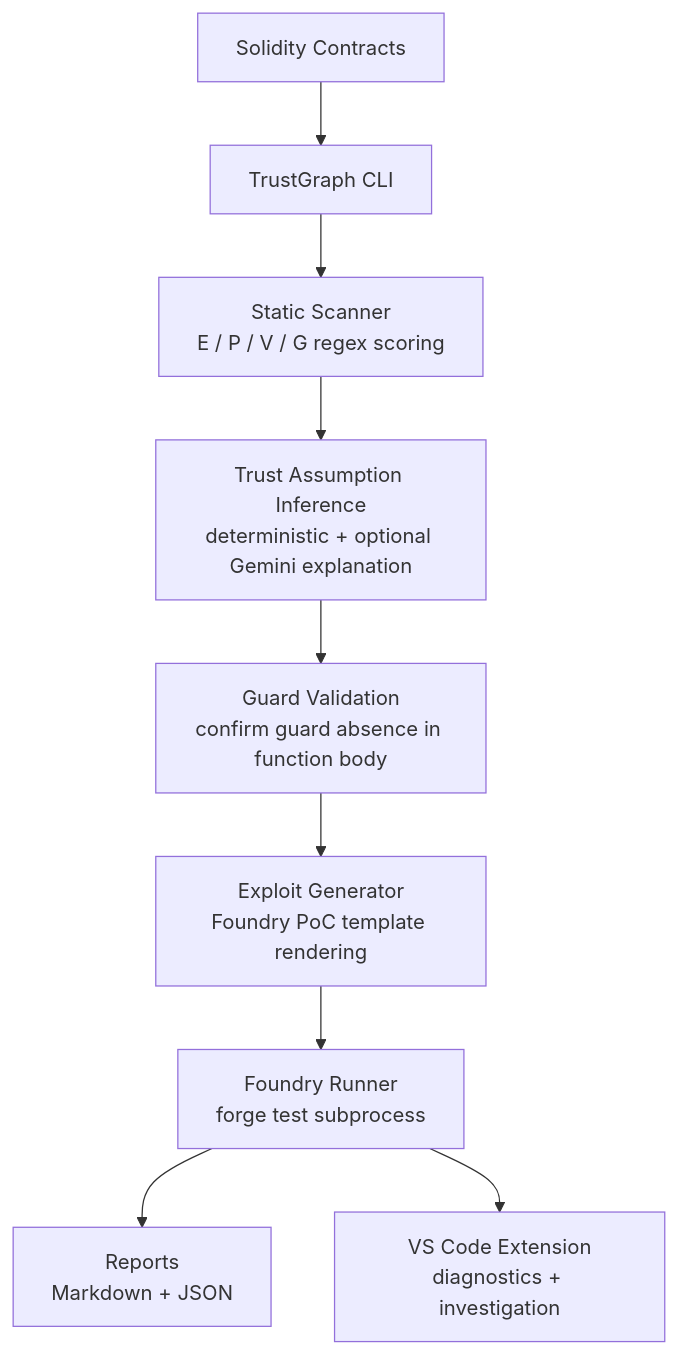
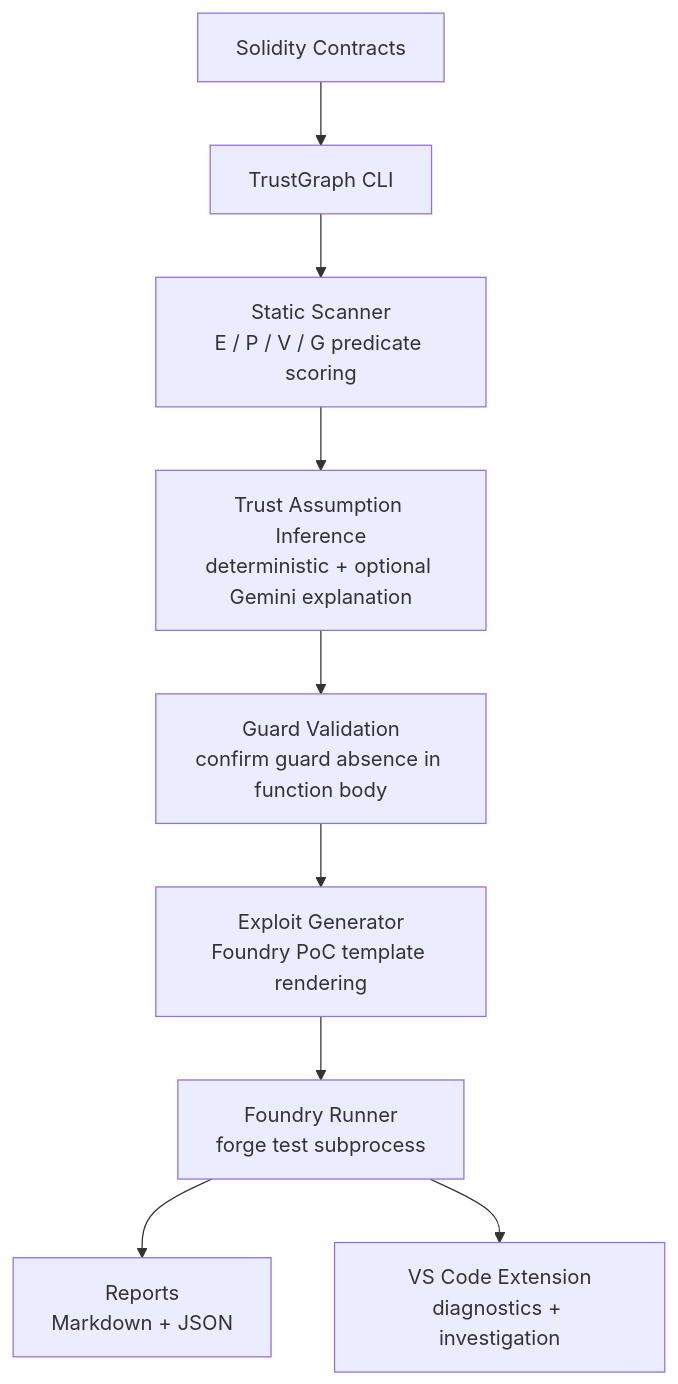
The first of 3 diagrams in README.md (Akk525/trustGraph), drawn with Mermaid before and after one commit. The commit also changed other lines of this file and 5 other files, not shown here.

````diff
--- a/README.md
+++ b/README.md
@@ -215,11 +237,11 @@
 ```mermaid
 flowchart TD
     A[Solidity Contracts] --> B[TrustGraph CLI]
-    B --> C[Static Scanner\nE / P / V / G regex scoring]
+    B --> C[Static Scanner\nE / P / V / G predicate scoring]
     C --> D[Trust Assumption Inference\ndeterministic + optional Gemini explanation]
     D --> E[Guard Validation\nconfirm guard absence in function body]
     E --> F[Exploit Generator\nFoundry PoC template rendering]
     F --> G[Foundry Runner\nforge test subprocess]
     G --> H[Reports\nMarkdown + JSON]
     G --> I[VS Code Extension\ndiagnostics + investigation]
 ```
````
